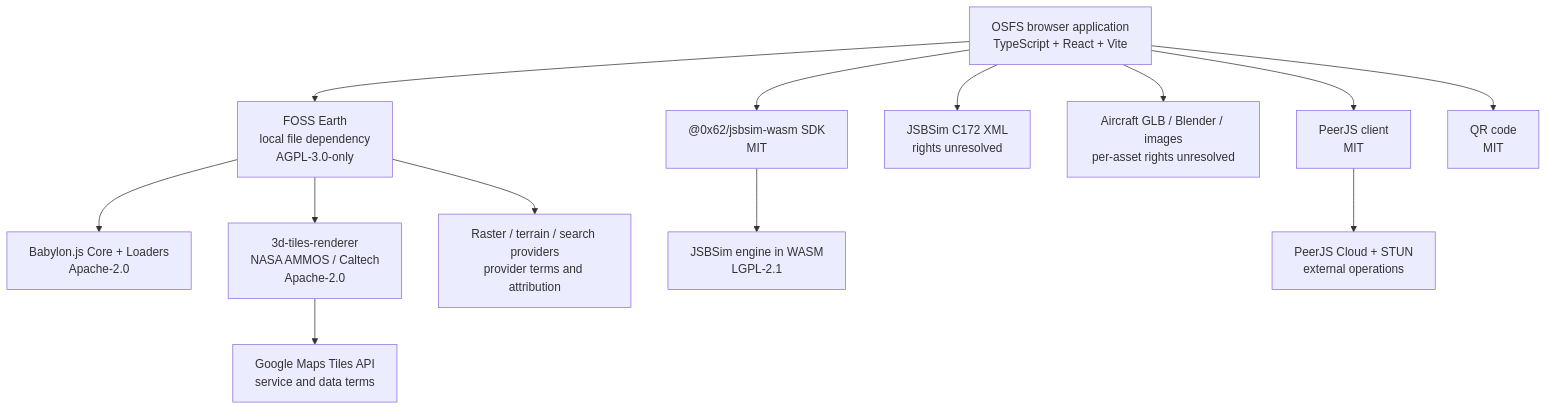
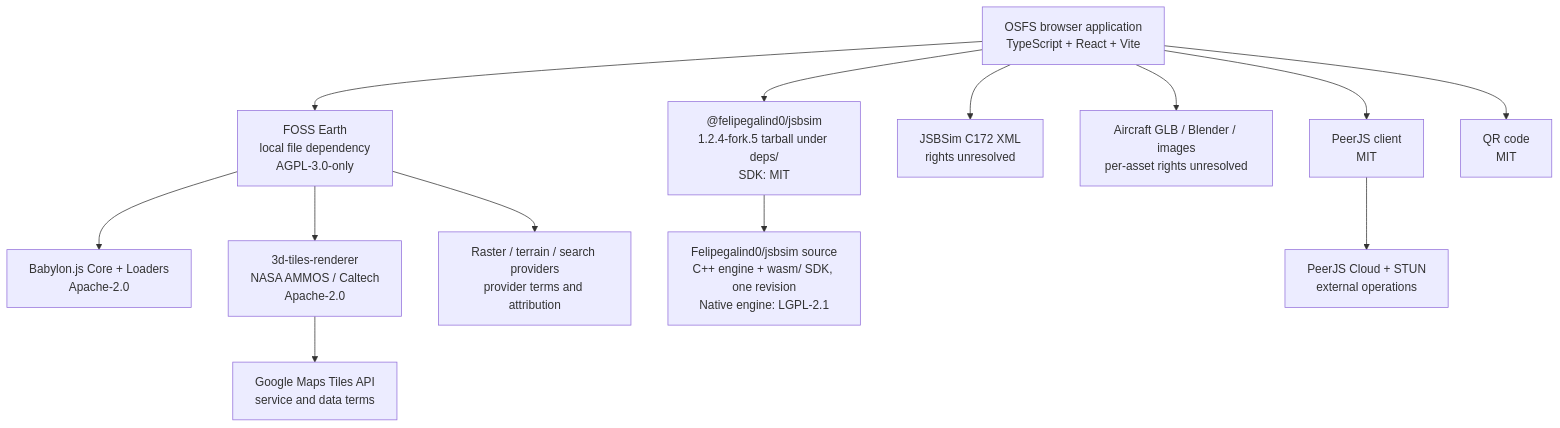
Before and after one commit to 0SFS/0SFS.github.io: the diagram in docs/software-dependency-graph.md, drawn with Mermaid. The commit also changed other lines of this file and 64 other files, not shown here.

````diff
--- a/docs/software-dependency-graph.md
+++ b/docs/software-dependency-graph.md
@@ -7,28 +24,28 @@
 ```mermaid
 flowchart TB
   OSFS["OSFS browser application<br/>TypeScript + React + Vite"]
   FE["FOSS Earth<br/>local file dependency<br/>AGPL-3.0-only"]
   BJS["Babylon.js Core + Loaders<br/>Apache-2.0"]
   TILES["3d-tiles-renderer<br/>NASA AMMOS / Caltech<br/>Apache-2.0"]
-  JSW["@0x62/jsbsim-wasm SDK<br/>MIT"]
-  JSB["JSBSim engine in WASM<br/>LGPL-2.1"]
+  JSW["@felipegalind0/jsbsim<br/>1.2.4-fork.5 tarball under deps/<br/>SDK: MIT"]
+  JSB["Felipegalind0/jsbsim source<br/>C++ engine + wasm/ SDK, one revision<br/>Native engine: LGPL-2.1"]
   DATA["JSBSim C172 XML<br/>rights unresolved"]
   ASSETS["Aircraft GLB / Blender / images<br/>per-asset rights unresolved"]
   PEER["PeerJS client<br/>MIT"]
   QR["QR code<br/>MIT"]
   GOOGLE["Google Maps Tiles API<br/>service and data terms"]
   MAPS["Raster / terrain / search providers<br/>provider terms and attribution"]
   SIGNAL["PeerJS Cloud + STUN<br/>external operations"]
 
   OSFS --> FE
   OSFS --> JSW --> JSB
   OSFS --> DATA
   OSFS --> ASSETS
   OSFS --> PEER
   OSFS --> QR
   FE --> BJS
   FE --> TILES
   TILES --> GOOGLE
   FE --> MAPS
   PEER --> SIGNAL
 ```
````
